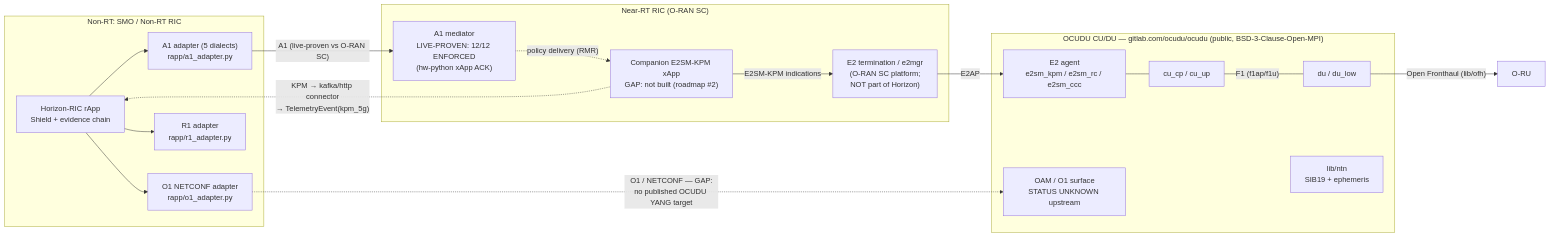
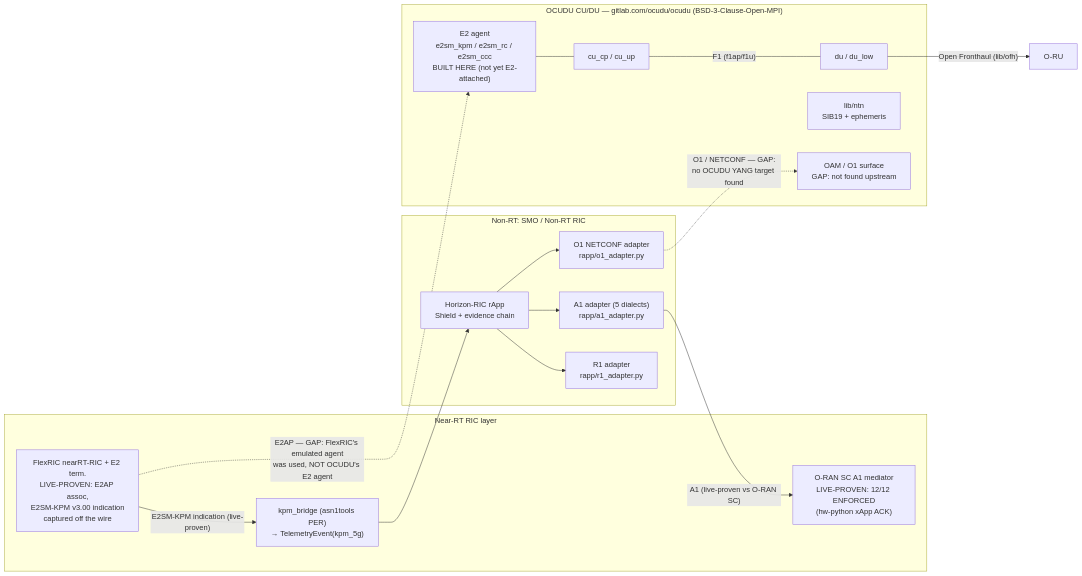
Before and after one commit to Danielfoojunwei/PreceptualAI-5G-Dynamic-Spectrum-Access-O-RAN-NVIDIA-ARC: the diagram in docs/SIXG_READINESS.md, drawn with Mermaid. The commit also changed other lines of this file and 7 other files, not shown here.

````diff
--- a/docs/SIXG_READINESS.md
+++ b/docs/SIXG_READINESS.md
@@ -157,38 +459,37 @@
 ```mermaid
 flowchart LR
     subgraph NONRT["Non-RT: SMO / Non-RT RIC"]
         H["Horizon-RIC rApp<br/>Shield + evidence chain"]
         A1A["A1 adapter (5 dialects)<br/>rapp/a1_adapter.py"]
         O1A["O1 NETCONF adapter<br/>rapp/o1_adapter.py"]
         R1A["R1 adapter<br/>rapp/r1_adapter.py"]
         H --> A1A
         H --> O1A
         H --> R1A
     end
 
-    subgraph NEARRT["Near-RT RIC (O-RAN SC)"]
-        A1M["A1 mediator<br/>LIVE-PROVEN: 12/12 ENFORCED<br/>(hw-python xApp ACK)"]
-        E2T["E2 termination / e2mgr<br/>(O-RAN SC platform;<br/>NOT part of Horizon)"]
-        XAPP["Companion E2SM-KPM xApp<br/>GAP: not built (roadmap #2)"]
+    subgraph NEARRT["Near-RT RIC layer"]
+        A1M["O-RAN SC A1 mediator<br/>LIVE-PROVEN: 12/12 ENFORCED<br/>(hw-python xApp ACK)"]
+        FR["FlexRIC nearRT-RIC + E2 term.<br/>LIVE-PROVEN: E2AP assoc,<br/>E2SM-KPM v3.00 indication<br/>captured off the wire"]
+        KB["kpm_bridge (asn1tools PER)<br/>→ TelemetryEvent(kpm_5g)"]
     end
 
-    subgraph OCUDU["OCUDU CU/DU — gitlab.com/ocudu/ocudu (public, BSD-3-Clause-Open-MPI)"]
-        E2AG["E2 agent<br/>e2sm_kpm / e2sm_rc / e2sm_ccc"]
+    subgraph OCUDU["OCUDU CU/DU — gitlab.com/ocudu/ocudu (BSD-3-Clause-Open-MPI)"]
+        E2AG["E2 agent<br/>e2sm_kpm / e2sm_rc / e2sm_ccc<br/>BUILT HERE (not yet E2-attached)"]
         CU["cu_cp / cu_up"]
         DU["du / du_low"]
         NTNM["lib/ntn<br/>SIB19 + ephemeris"]
-        OAM["OAM / O1 surface<br/>STATUS UNKNOWN upstream"]
+        OAM["OAM / O1 surface<br/>GAP: not found upstream"]
         CU -- "F1 (f1ap/f1u)" --- DU
     end
 
     RU["O-RU"]
 
     A1A -- "A1 (live-proven vs O-RAN SC)" --> A1M
-    A1M -. "policy delivery (RMR)" .-> XAPP
-    XAPP -- "E2SM-KPM indications" --> E2T
-    E2T -- "E2AP" --> E2AG
+    FR -- "E2SM-KPM indication (live-proven)" --> KB
+    KB --> H
+    FR -. "E2AP — GAP: FlexRIC's emulated agent<br/>was used, NOT OCUDU's E2 agent" .-> E2AG
     E2AG --- CU
-    O1A -. "O1 / NETCONF — GAP:<br/>no published OCUDU YANG target" .-> OAM
-    XAPP -. "KPM → kafka/http connector<br/>→ TelemetryEvent(kpm_5g)" .-> H
+    O1A -. "O1 / NETCONF — GAP:<br/>no OCUDU YANG target found" .-> OAM
     DU -- "Open Fronthaul (lib/ofh)" --> RU
 ```
````
